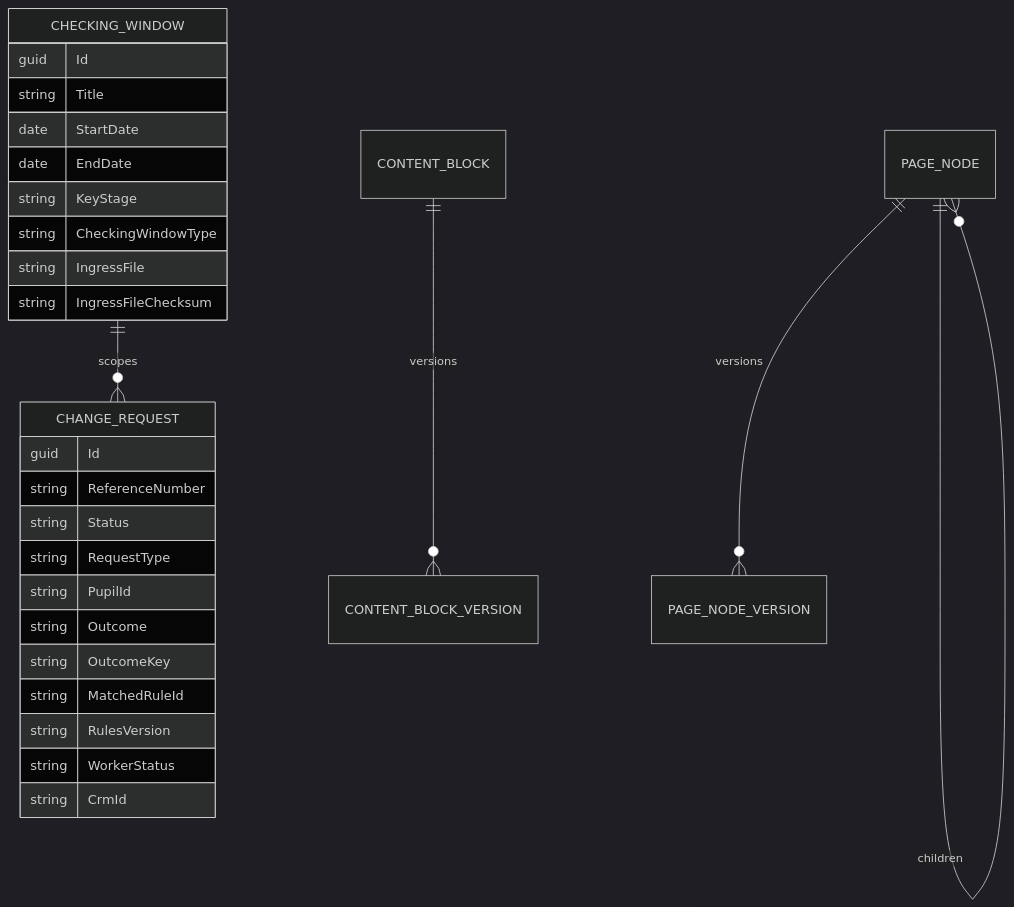
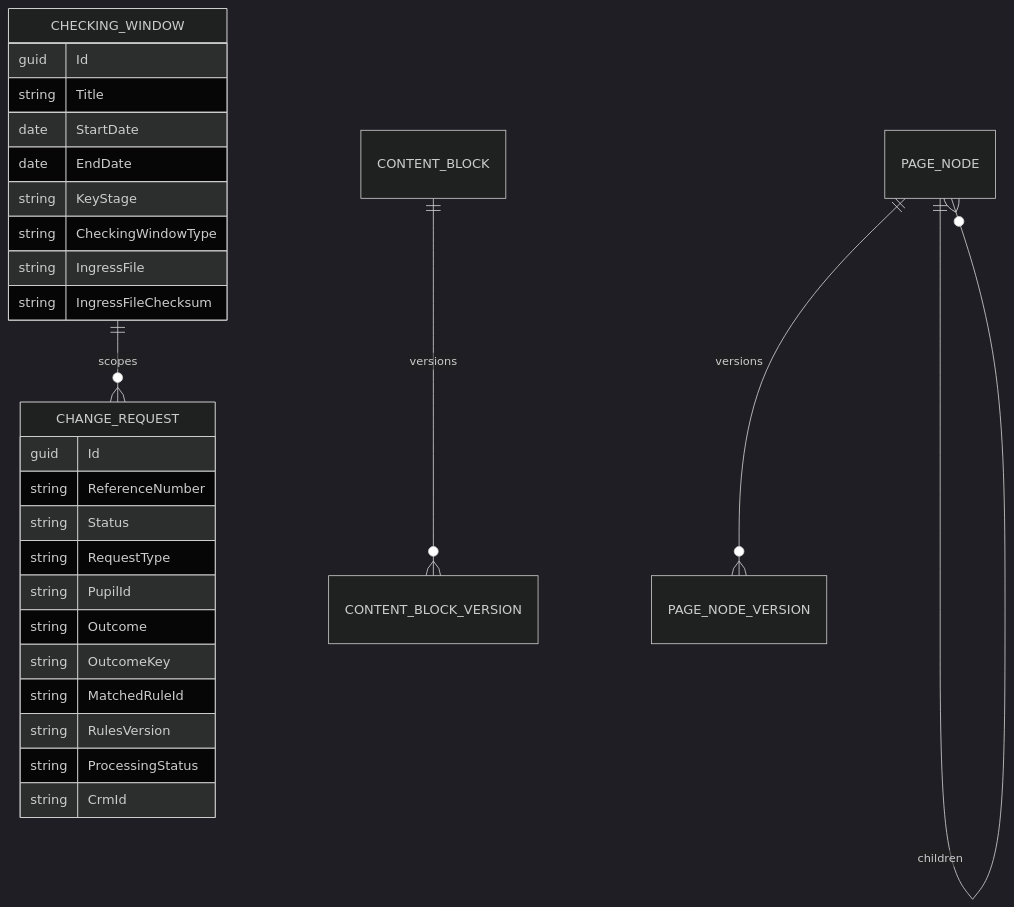
Before and after one commit to DFE-Digital/check-performance-data: the fourth of 4 diagrams in docs/technical-stakeholders-functional-overview.md, drawn with Mermaid (dark theme). The commit also changed other lines of this file and 82 other files, not shown here.

Commit message:
Simplifying the request statuses and how the messages flow through Rules Engine and Zendesk sender.

````diff
--- a/docs/technical-stakeholders-functional-overview.md
+++ b/docs/technical-stakeholders-functional-overview.md
@@ -213,30 +213,30 @@
 ```mermaid
 erDiagram
   CHECKING_WINDOW ||--o{ CHANGE_REQUEST : scopes
   CHANGE_REQUEST {
     guid Id
     string ReferenceNumber
     string Status
     string RequestType
     string PupilId
     string Outcome
     string OutcomeKey
     string MatchedRuleId
     string RulesVersion
-    string WorkerStatus
+    string ProcessingStatus
     string CrmId
   }
   CHECKING_WINDOW {
     guid Id
     string Title
     date StartDate
     date EndDate
     string KeyStage
     string CheckingWindowType
     string IngressFile
     string IngressFileChecksum
   }
   PAGE_NODE ||--o{ PAGE_NODE_VERSION : versions
   PAGE_NODE ||--o{ PAGE_NODE : children
   CONTENT_BLOCK ||--o{ CONTENT_BLOCK_VERSION : versions
 ```
````
